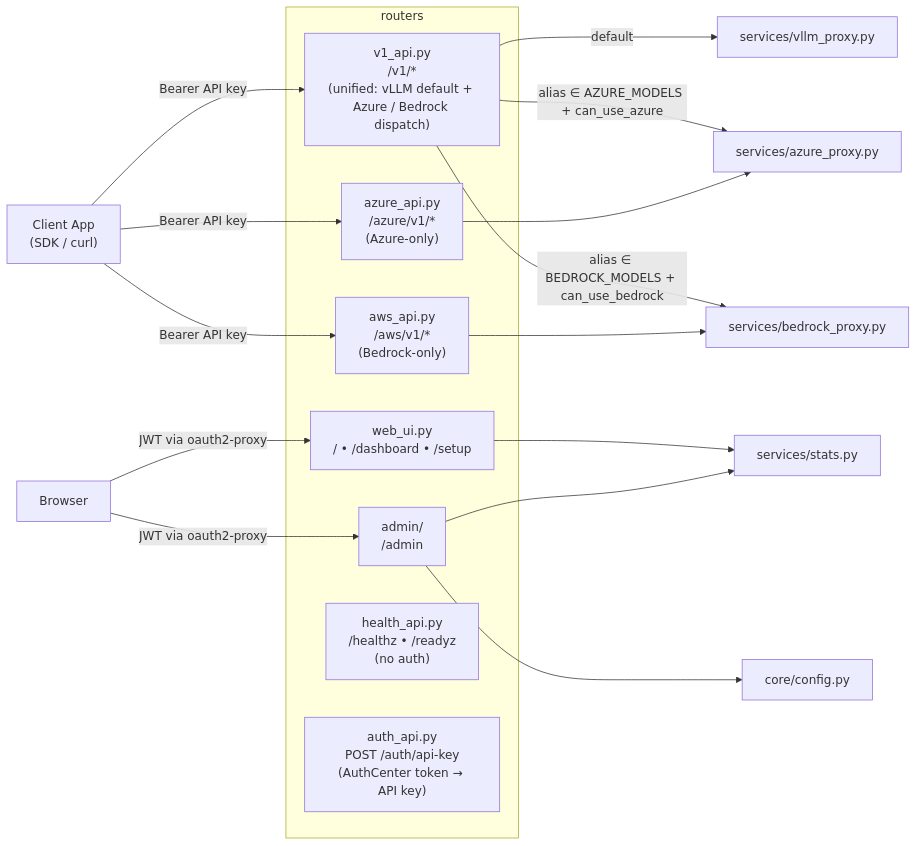
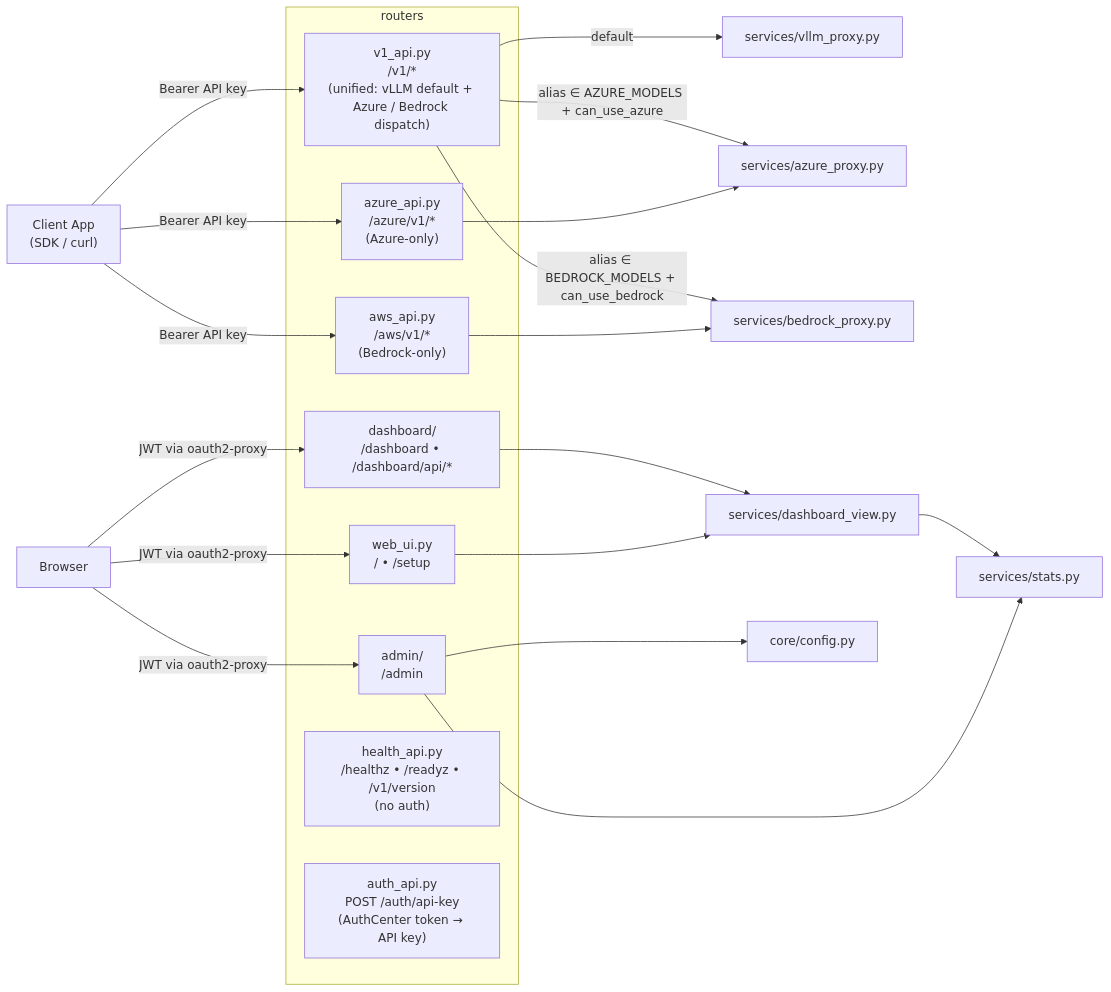
The first of 2 diagrams in app/routers/README.md (bwinken/llm-gateway), drawn with Mermaid before and after one commit. The commit also changed other lines of this file and 23 other files, not shown here.

````diff
--- a/app/routers/README.md
+++ b/app/routers/README.md
@@ -9,27 +9,31 @@
 ```mermaid
 graph LR
     Client["Client App<br/>(SDK / curl)"] -->|Bearer API key| v1_api
     Client -->|Bearer API key| azure_api
     Client -->|Bearer API key| aws_api
     Browser["Browser"] -->|JWT via oauth2-proxy| web_ui
+    Browser -->|JWT via oauth2-proxy| dashboard
     Browser -->|JWT via oauth2-proxy| admin
 
     subgraph routers
         v1_api["v1_api.py<br/>/v1/*<br/>(unified: vLLM default + Azure / Bedrock dispatch)"]
         azure_api["azure_api.py<br/>/azure/v1/*<br/>(Azure-only)"]
         aws_api["aws_api.py<br/>/aws/v1/*<br/>(Bedrock-only)"]
-        web_ui["web_ui.py<br/>/ • /dashboard • /setup"]
-        health_api["health_api.py<br/>/healthz • /readyz<br/>(no auth)"]
+        web_ui["web_ui.py<br/>/ • /setup"]
+        dashboard["dashboard/<br/>/dashboard • /dashboard/api/*"]
+        health_api["health_api.py<br/>/healthz • /readyz • /v1/version<br/>(no auth)"]
         auth_api["auth_api.py<br/>POST /auth/api-key<br/>(AuthCenter token → API key)"]
         admin["admin/<br/>/admin"]
     end
 
     v1_api -->|default| vllm_proxy["services/vllm_proxy.py"]
     v1_api -->|alias ∈ AZURE_MODELS + can_use_azure| azure_proxy["services/azure_proxy.py"]
     v1_api -->|alias ∈ BEDROCK_MODELS + can_use_bedrock| bedrock_proxy["services/bedrock_proxy.py"]
     azure_api --> azure_proxy
     aws_api --> bedrock_proxy
-    web_ui --> stats["services/stats.py"]
+    dashboard --> dashboard_view["services/dashboard_view.py"]
+    web_ui --> dashboard_view
+    dashboard_view --> stats["services/stats.py"]
     admin --> stats
     admin --> config["core/config.py"]
 ```
````
